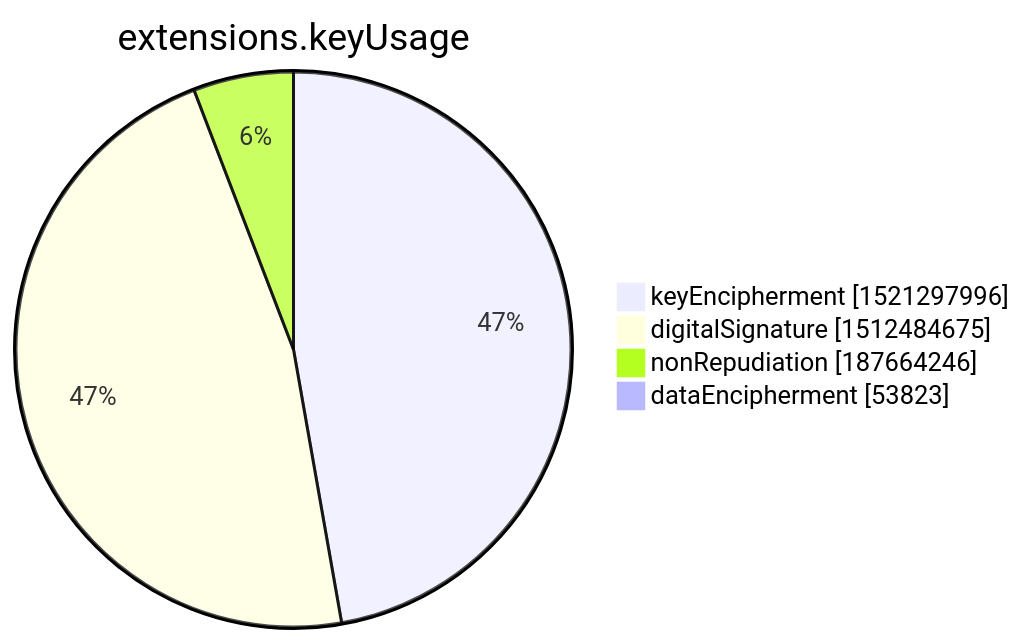
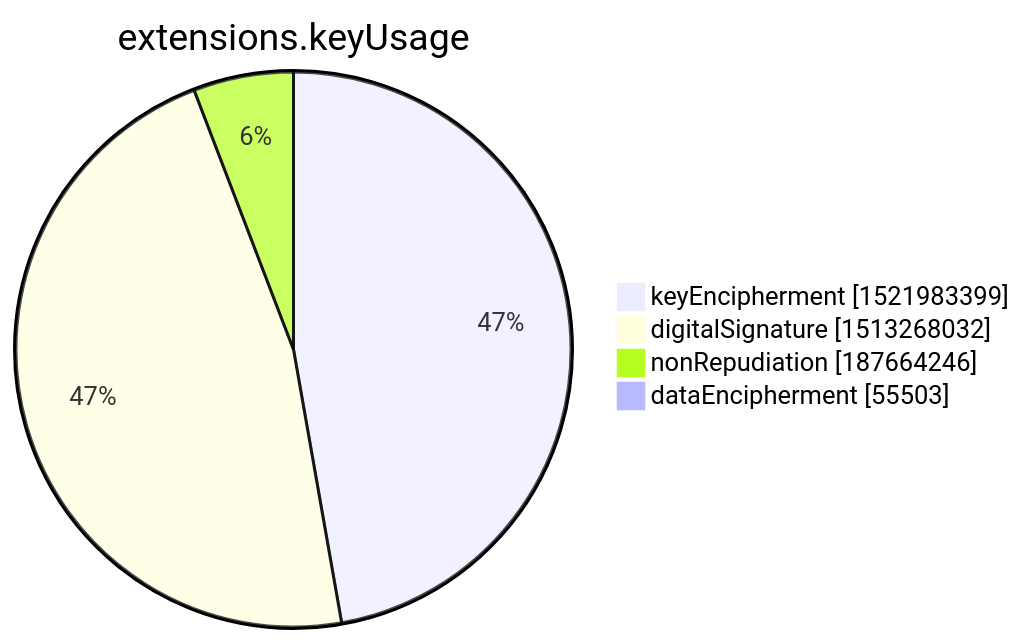
The seventh of 15 diagrams in xenon2022/README.md (christiankrug/ctmonitor_visualization), drawn with Mermaid before and after one commit. The commit also changed other lines of this file, not shown here.

````diff
--- a/xenon2022/README.md
+++ b/xenon2022/README.md
@@ -2846,8 +2847,8 @@
 ```mermaid
 pie showData
 title extensions.keyUsage
-"keyEncipherment" :1521297996
-"digitalSignature" :1512484675
+"keyEncipherment" :1521983399
+"digitalSignature" :1513268032
 "nonRepudiation" :187664246
-"dataEncipherment" :53823
+"dataEncipherment" :55503
 ```
````
